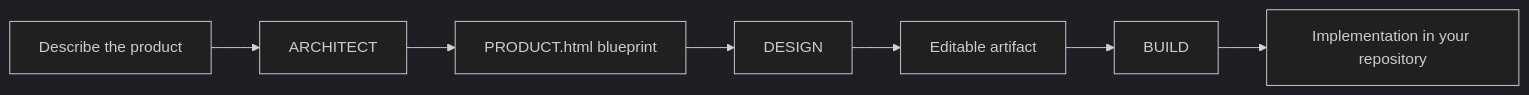
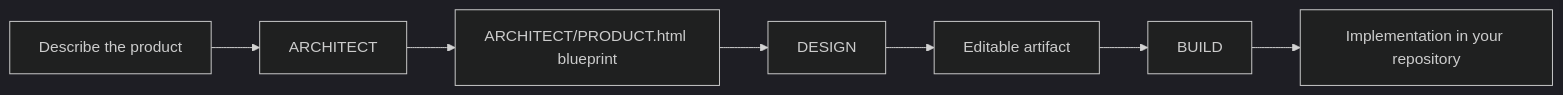
The diagram in README.md (keonho-kim/zeroShot), drawn with Mermaid (dark theme) before and after one commit. The commit also changed other lines of this file and 105 other files, not shown here.

````diff
--- a/README.md
+++ b/README.md
@@ -20,9 +20,9 @@
 ```mermaid
 flowchart LR
   A["Describe the product"] --> B["ARCHITECT"]
-  B --> C["PRODUCT.html blueprint"]
+  B --> C["ARCHITECT/PRODUCT.html blueprint"]
   C --> D["DESIGN"]
   D --> E["Editable artifact"]
   E --> F["BUILD"]
   F --> G["Implementation in your repository"]
 ```
````
